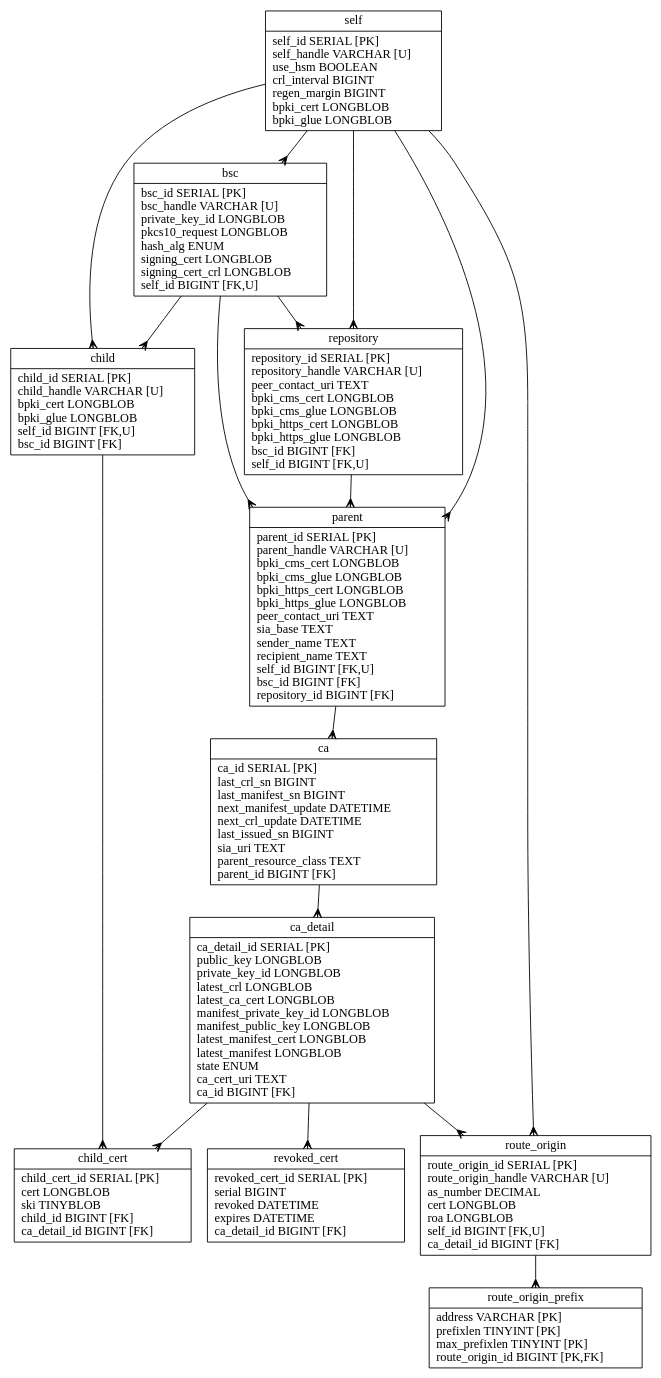
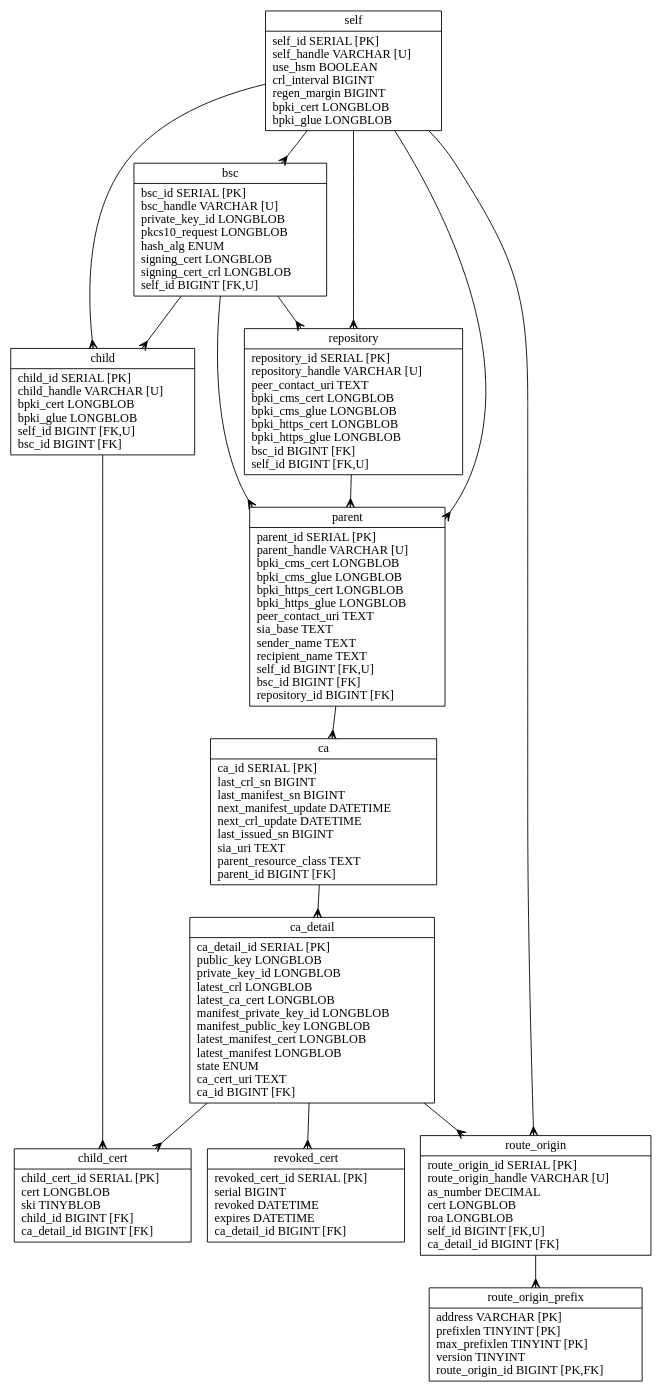
Before and after one commit to dragonresearch/rpki.net: the diagram in rpkid/doc/rpkid.dot, drawn with Graphviz. The commit also changed 9 other files, not shown here.

```diff
--- a/rpkid/doc/rpkid.dot
+++ b/rpkid/doc/rpkid.dot
@@ -1,34 +1,34 @@
 // Automatically generated from rpkid.sql
 
 digraph test {
 	edge [arrowtail=none, arrowhead=crow];
 	graph [ratio=fill, overlap=false, bgcolor=white];
 	node [label="\N", fillcolor=white, shape=record, style=filled];
 	self [label="{self\n|self_id\ SERIAL\ [PK]\lself_handle\ VARCHAR\ [U]\luse_hsm\ BOOLEAN\lcrl_interval\ BIGINT\lregen_margin\ BIGINT\lbpki_cert\ LONGBLOB\lbpki_glue\ LONGBLOB\l}"];
 	bsc [label="{bsc\n|bsc_id\ SERIAL\ [PK]\lbsc_handle\ VARCHAR\ [U]\lprivate_key_id\ LONGBLOB\lpkcs10_request\ LONGBLOB\lhash_alg\ ENUM\lsigning_cert\ LONGBLOB\lsigning_cert_crl\ LONGBLOB\lself_id\ BIGINT\ [FK,U]\l}"];
 	repository [label="{repository\n|repository_id\ SERIAL\ [PK]\lrepository_handle\ VARCHAR\ [U]\lpeer_contact_uri\ TEXT\lbpki_cms_cert\ LONGBLOB\lbpki_cms_glue\ LONGBLOB\lbpki_https_cert\ LONGBLOB\lbpki_https_glue\ LONGBLOB\lbsc_id\ BIGINT\ [FK]\lself_id\ BIGINT\ [FK,U]\l}"];
 	parent [label="{parent\n|parent_id\ SERIAL\ [PK]\lparent_handle\ VARCHAR\ [U]\lbpki_cms_cert\ LONGBLOB\lbpki_cms_glue\ LONGBLOB\lbpki_https_cert\ LONGBLOB\lbpki_https_glue\ LONGBLOB\lpeer_contact_uri\ TEXT\lsia_base\ TEXT\lsender_name\ TEXT\lrecipient_name\ TEXT\lself_id\ BIGINT\ [FK,U]\lbsc_id\ BIGINT\ [FK]\lrepository_id\ BIGINT\ [FK]\l}"];
 	ca [label="{ca\n|ca_id\ SERIAL\ [PK]\llast_crl_sn\ BIGINT\llast_manifest_sn\ BIGINT\lnext_manifest_update\ DATETIME\lnext_crl_update\ DATETIME\llast_issued_sn\ BIGINT\lsia_uri\ TEXT\lparent_resource_class\ TEXT\lparent_id\ BIGINT\ [FK]\l}"];
 	ca_detail [label="{ca_detail\n|ca_detail_id\ SERIAL\ [PK]\lpublic_key\ LONGBLOB\lprivate_key_id\ LONGBLOB\llatest_crl\ LONGBLOB\llatest_ca_cert\ LONGBLOB\lmanifest_private_key_id\ LONGBLOB\lmanifest_public_key\ LONGBLOB\llatest_manifest_cert\ LONGBLOB\llatest_manifest\ LONGBLOB\lstate\ ENUM\lca_cert_uri\ TEXT\lca_id\ BIGINT\ [FK]\l}"];
 	child [label="{child\n|child_id\ SERIAL\ [PK]\lchild_handle\ VARCHAR\ [U]\lbpki_cert\ LONGBLOB\lbpki_glue\ LONGBLOB\lself_id\ BIGINT\ [FK,U]\lbsc_id\ BIGINT\ [FK]\l}"];
 	child_cert [label="{child_cert\n|child_cert_id\ SERIAL\ [PK]\lcert\ LONGBLOB\lski\ TINYBLOB\lchild_id\ BIGINT\ [FK]\lca_detail_id\ BIGINT\ [FK]\l}"];
 	revoked_cert [label="{revoked_cert\n|revoked_cert_id\ SERIAL\ [PK]\lserial\ BIGINT\lrevoked\ DATETIME\lexpires\ DATETIME\lca_detail_id\ BIGINT\ [FK]\l}"];
 	route_origin [label="{route_origin\n|route_origin_id\ SERIAL\ [PK]\lroute_origin_handle\ VARCHAR\ [U]\las_number\ DECIMAL\lcert\ LONGBLOB\lroa\ LONGBLOB\lself_id\ BIGINT\ [FK,U]\lca_detail_id\ BIGINT\ [FK]\l}"];
-	route_origin_prefix [label="{route_origin_prefix\n|address\ VARCHAR\ [PK]\lprefixlen\ TINYINT\ [PK]\lmax_prefixlen\ TINYINT\ [PK]\lroute_origin_id\ BIGINT\ [PK,FK]\l}"];
+	route_origin_prefix [label="{route_origin_prefix\n|address\ VARCHAR\ [PK]\lprefixlen\ TINYINT\ [PK]\lmax_prefixlen\ TINYINT\ [PK]\lversion\ TINYINT\lroute_origin_id\ BIGINT\ [PK,FK]\l}"];
 	bsc -> child;
 	bsc -> parent;
 	bsc -> repository;
 	ca -> ca_detail;
 	ca_detail -> child_cert;
 	ca_detail -> revoked_cert;
 	ca_detail -> route_origin;
 	child -> child_cert;
 	parent -> ca;
 	repository -> parent;
 	route_origin -> route_origin_prefix;
 	self -> bsc;
 	self -> child;
 	self -> parent;
 	self -> repository;
 	self -> route_origin;
 }
```
